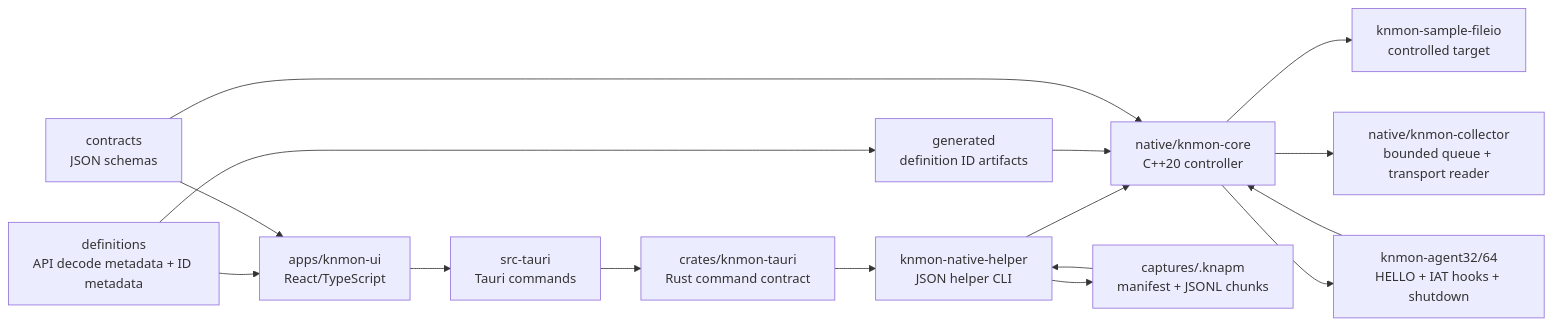
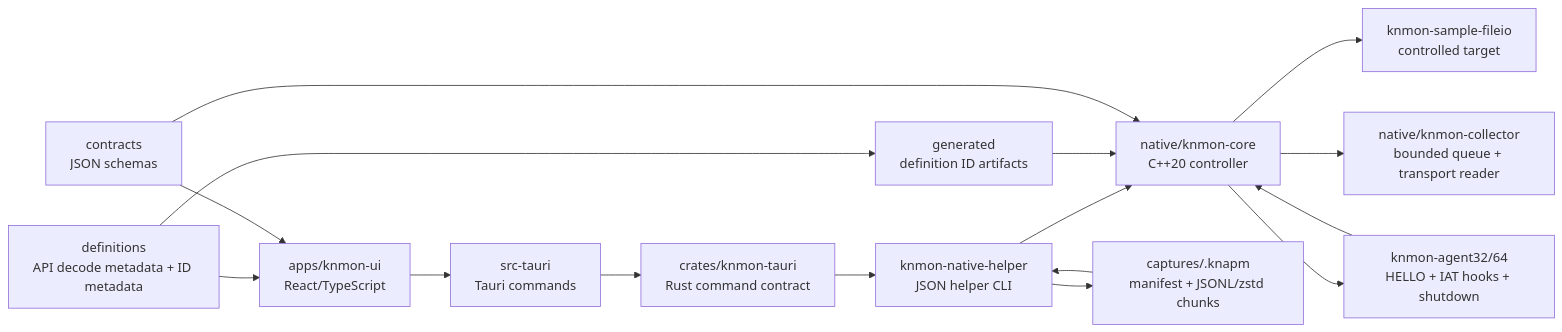
One commit to kernullist/KnWin32ApiMonitor changed the diagram in docs/architecture.md. Above: the diagram before and after it, drawn with Mermaid. The commit also changed other lines of this file and 37 other files, not shown here.

````diff
--- a/docs/architecture.md
+++ b/docs/architecture.md
@@ -13,31 +13,31 @@
 ```mermaid
 flowchart LR
     UI["apps/knmon-ui<br/>React/TypeScript"]
     TAURI["src-tauri<br/>Tauri commands"]
     RUST["crates/knmon-tauri<br/>Rust command contract"]
     CORE["native/knmon-core<br/>C++20 controller"]
     COL["native/knmon-collector<br/>bounded queue + transport reader"]
     HELPER["knmon-native-helper<br/>JSON helper CLI"]
     SAMPLE["knmon-sample-fileio<br/>controlled target"]
     AGENT["knmon-agent32/64<br/>HELLO + IAT hooks + shutdown"]
-    SESSION["captures/.knapm<br/>manifest + JSONL chunks"]
+    SESSION["captures/.knapm<br/>manifest + JSONL/zstd chunks"]
     DEF["definitions<br/>API decode metadata + ID metadata"]
     GEN["generated<br/>definition ID artifacts"]
     CONTRACT["contracts<br/>JSON schemas"]
 
     UI --> TAURI
     TAURI --> RUST
     RUST --> HELPER
     HELPER --> CORE
     CORE --> SAMPLE
     CORE --> AGENT
     AGENT --> CORE
     CORE --> COL
     HELPER --> SESSION
     SESSION --> HELPER
     DEF --> GEN
     GEN --> CORE
     DEF --> UI
     CONTRACT --> UI
     CONTRACT --> CORE
 ```
````
